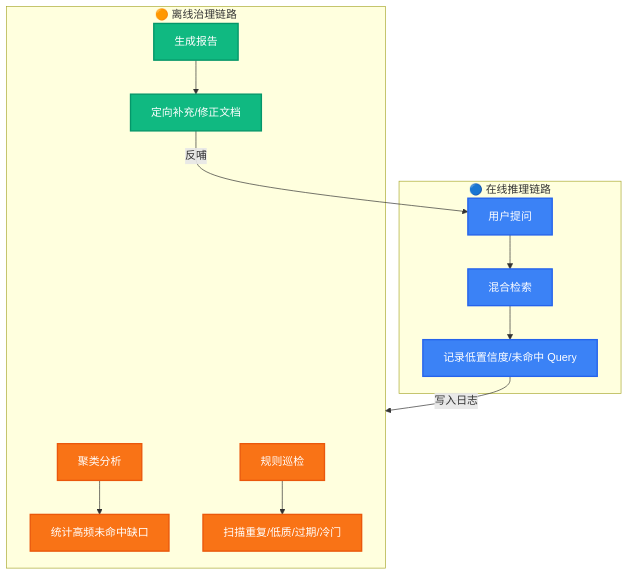
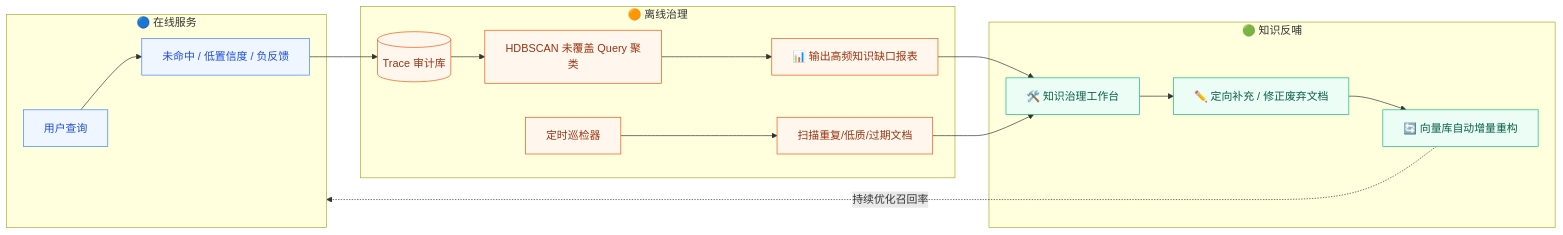
One commit to 7ing24/AgenticRAG changed the fourth of 4 diagrams in README.md. Above: the diagram before and after it, drawn with Mermaid. The commit also changed other lines of this file and 1 other file, not shown here.

````diff
--- a/README.md
+++ b/README.md
@@ -198,26 +211,29 @@
 ```mermaid
-graph TD
-    classDef online fill:#3B82F6,stroke:#2563EB,color:#fff,stroke-width:2px
-    classDef offline fill:#F97316,stroke:#EA580C,color:#fff,stroke-width:2px
-    classDef action fill:#10B981,stroke:#059669,color:#fff,stroke-width:2px
-    classDef feedback fill:#8B5CF6,stroke:#7C3AED,color:#fff,stroke-width:2px
+flowchart LR
+    classDef stream fill:#EFF6FF,stroke:#3B82F6,stroke-width:1px,color:#1D4ED8;
+    classDef batch fill:#FFF7ED,stroke:#EA580C,stroke-width:1px,color:#9A3412;
+    classDef fix fill:#ECFDF5,stroke:#10B981,stroke-width:1px,color:#065F46;
 
-    subgraph Online["🔵 在线推理链路"]
-        Q["用户提问"] --> Search["混合检索"]
-        Search --> Miss["记录低置信度/未命中 Query"]
+    subgraph Online ["🔵 在线服务"]
+        Q["用户查询"] --> Miss["未命中 / 低置信度 / 负反馈"]
     end
-    
-    Miss -->|写入日志| Offline
-    
-    subgraph Offline["🟠 离线治理链路"]
-        Cluster["聚类分析"] --> Gap["统计高频未命中缺口"]
-        Inspect["规则巡检"] --> Scan["扫描重复/低质/过期/冷门"]
-        Report["生成报告"] --> Fix["定向补充/修正文档"]
+    class Q,Miss stream
+
+    subgraph Offline ["🟠 离线治理"]
+        Miss --> Log[("Trace 审计库")]
+        Log --> Cluster["HDBSCAN 未覆盖 Query 聚类"]
+        Cluster --> Gap["📊 输出高频知识缺口报表"]
+        
+        Inspect["定时巡检器"] --> Scan["扫描重复/低质/过期文档"]
     end
-    
-    Fix -->|反哺| Q
+    class Log,Cluster,Gap,Inspect,Scan batch
 
-    class Q,Search,Miss online
-    class Cluster,Gap,Inspect,Scan offline
-    class Report,Fix action
+    subgraph Action ["🟢 知识反哺"]
+        Gap & Scan --> Workbench["🛠️ 知识治理工作台"]
+        Workbench --> Update["✏️ 定向补充 / 修正废弃文档"]
+        Update --> Sync["🔄 向量库自动增量重构"]
+    end
+    class Workbench,Update,Sync fix
+
+    Sync -.->|持续优化召回率| Online
 ```
````
